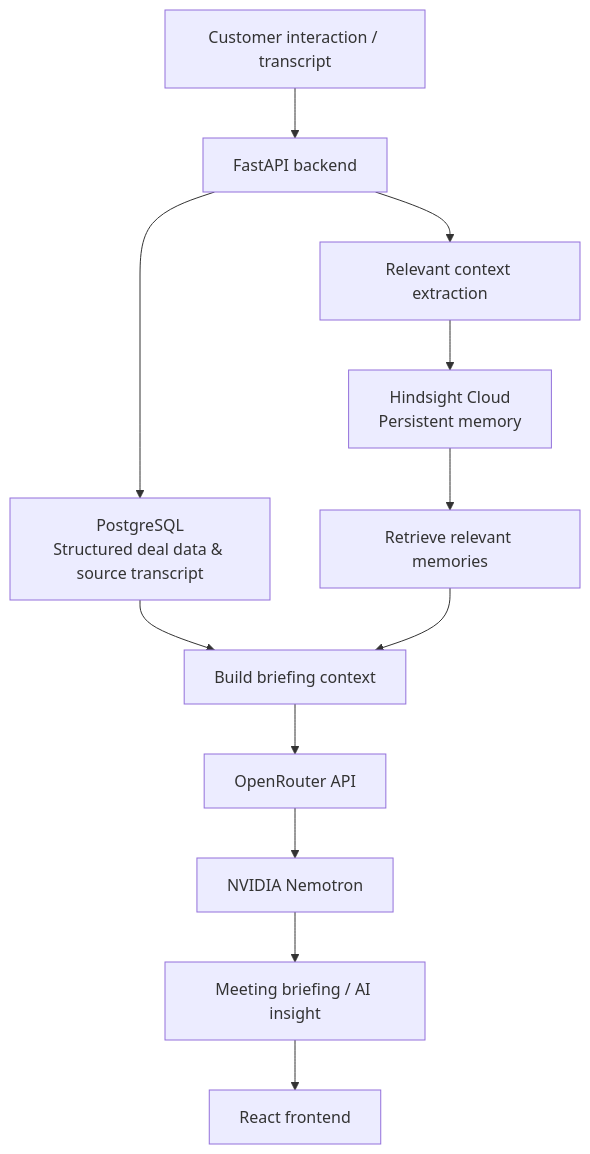
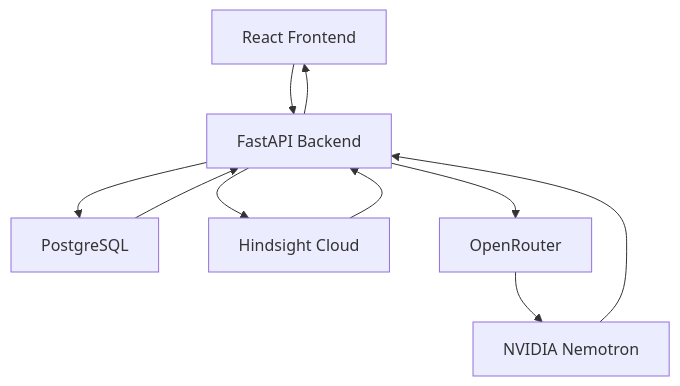
One commit to ShaikLathifAhmad/Triangle changed the diagram in README.md. Above: the diagram before and after it, drawn with Mermaid. The commit also changed other lines of this file, not shown here.

````diff
--- a/README.md
+++ b/README.md
@@ -144,14 +57,12 @@
-``` mermaid
+```mermaid
 flowchart TD
-    A["Customer interaction / transcript"] --> B["FastAPI backend"]
-    B --> C["PostgreSQL<br/>Structured deal data & source transcript"]
-    B --> D["Relevant context extraction"]
-    D --> E["Hindsight Cloud<br/>Persistent memory"]
-    E --> F["Retrieve relevant memories"]
-    C --> G["Build briefing context"]
-    F --> G
-    G --> H["OpenRouter API"]
-    H --> I["NVIDIA Nemotron"]
-    I --> J["Meeting briefing / AI insight"]
-    J --> K["React frontend"]
+    A["React Frontend"] --> B["FastAPI Backend"]
+    B --> C["PostgreSQL"]
+    B --> D["Hindsight Cloud"]
+    B --> E["OpenRouter"]
+    E --> F["NVIDIA Nemotron"]
+    C --> B
+    D --> B
+    F --> B
+    B --> A
 ```
````
